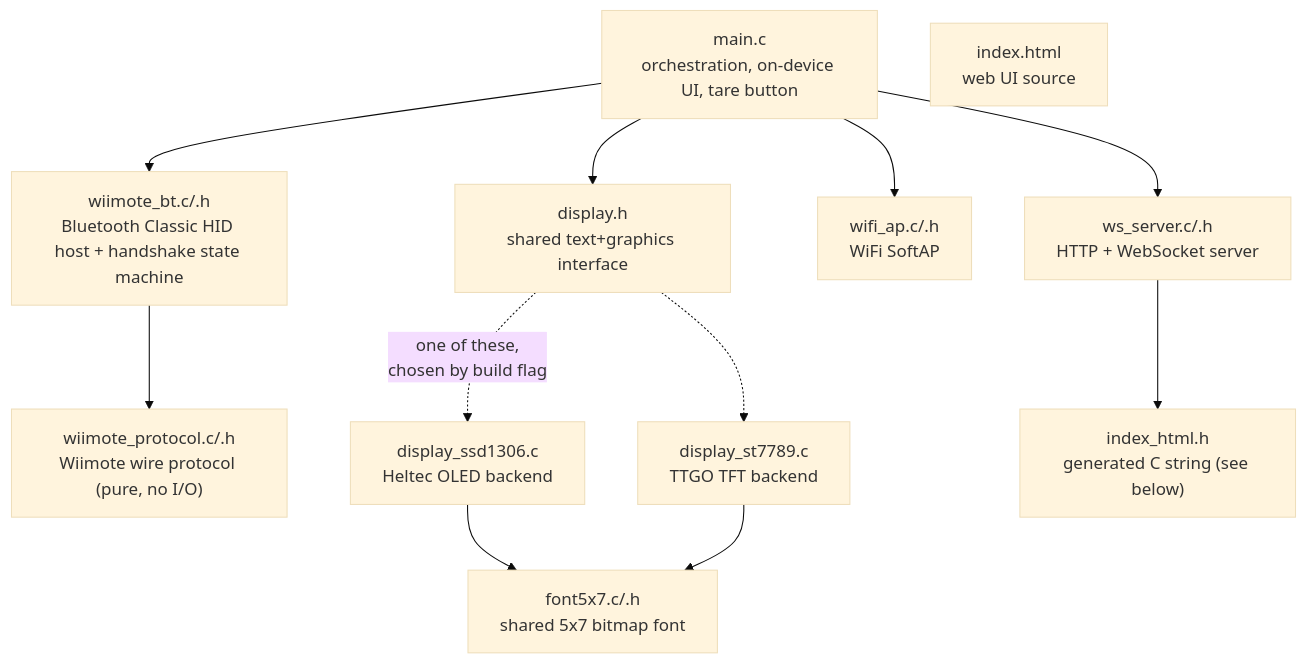
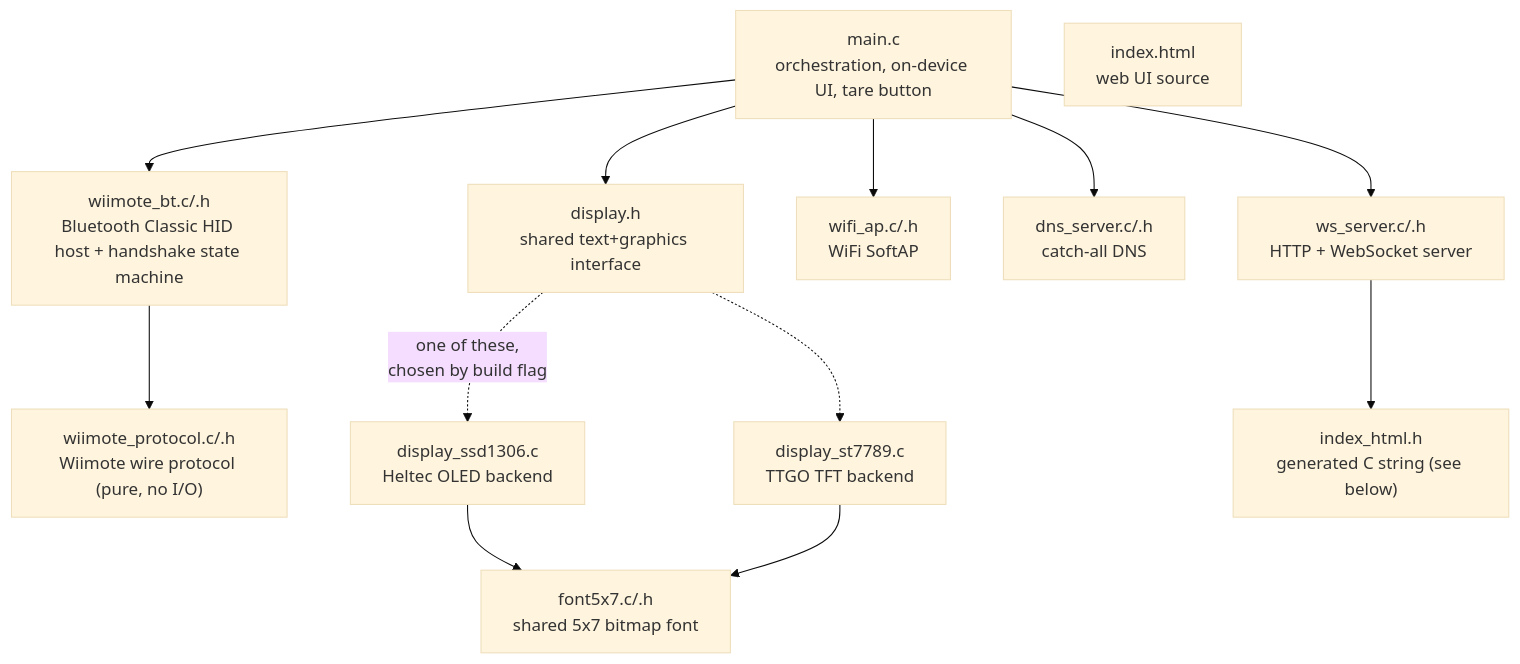
One commit to dirkoberhaus/WiiBalanceBoardGate changed the second of 3 diagrams in ARCHITECTURE.md. Above: the diagram before and after it, drawn with Mermaid (base theme). The commit also changed other lines of this file and 7 other files, not shown here.

````diff
--- a/ARCHITECTURE.md
+++ b/ARCHITECTURE.md
@@ -27,25 +27,27 @@
 ```mermaid
 flowchart TD
     main["main.c<br/>orchestration, on-device UI, tare button"]
     wbt["wiimote_bt.c/.h<br/>Bluetooth Classic HID host + handshake state machine"]
     proto["wiimote_protocol.c/.h<br/>Wiimote wire protocol (pure, no I/O)"]
     disp["display.h<br/>shared text+graphics interface"]
     ssd["display_ssd1306.c<br/>Heltec OLED backend"]
     st77["display_st7789.c<br/>TTGO TFT backend"]
     font["font5x7.c/.h<br/>shared 5x7 bitmap font"]
     wifi["wifi_ap.c/.h<br/>WiFi SoftAP"]
+    dns["dns_server.c/.h<br/>catch-all DNS"]
     ws["ws_server.c/.h<br/>HTTP + WebSocket server"]
     html["index.html<br/>web UI source"]
     genh["index_html.h<br/>generated C string (see below)"]
 
     main --> wbt
     main --> disp
     main --> wifi
+    main --> dns
     main --> ws
     wbt --> proto
     disp -.->|"one of these,<br/>chosen by build flag"| ssd
     disp -.-> st77
     ssd --> font
     st77 --> font
     ws --> genh
 ```
````
